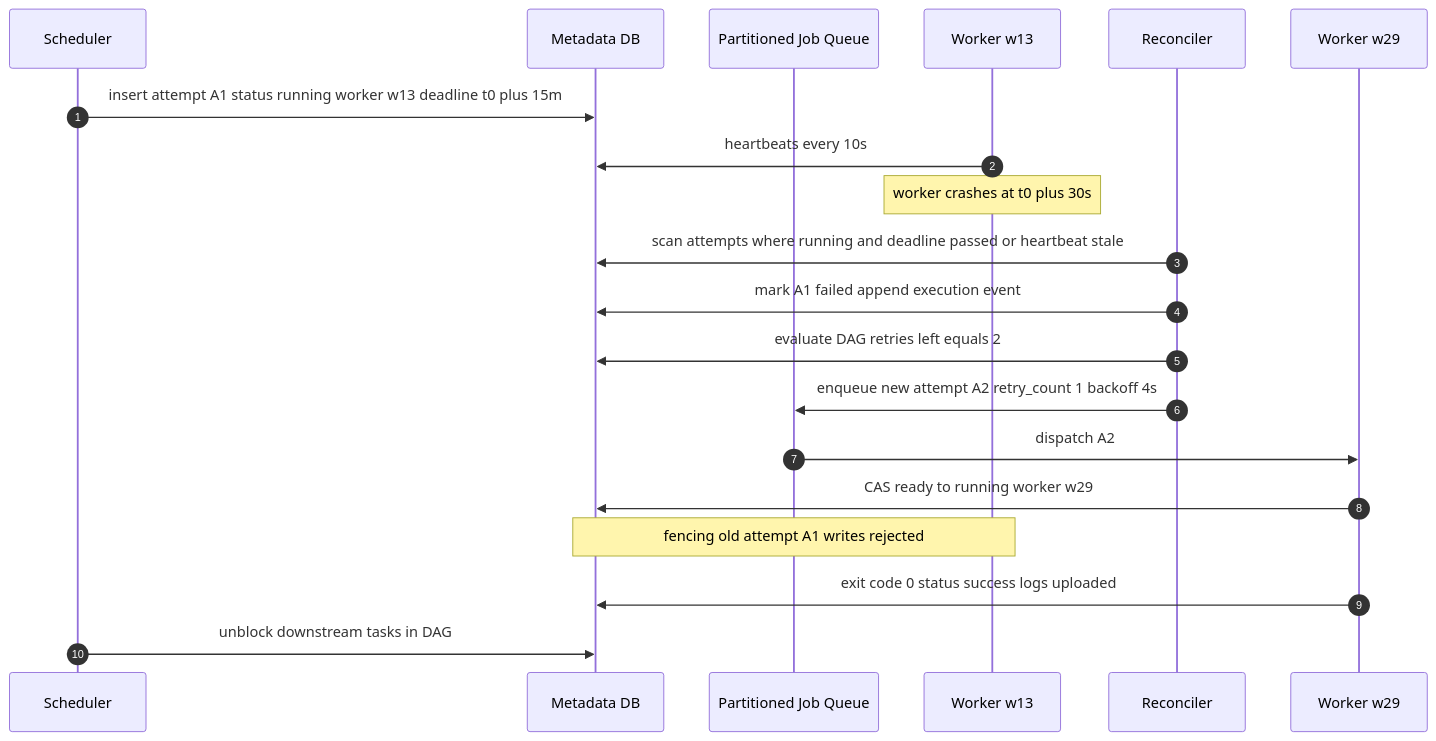
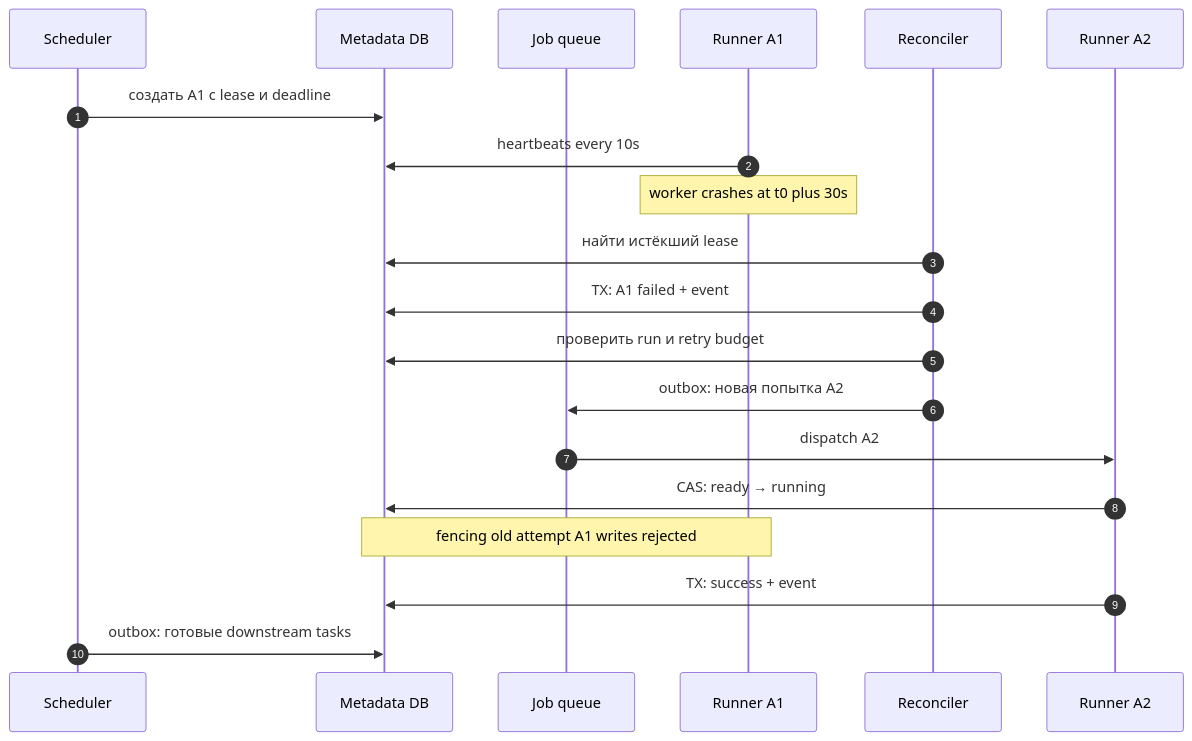
The fifth of 6 diagrams in 02-case-studies/ci-cd-system.md (AlohaJava/system-design-interview-chamkin), drawn with Mermaid before and after one commit. The commit also changed other lines of this file and 49 other files, not shown here.

````diff
--- a/02-case-studies/ci-cd-system.md
+++ b/02-case-studies/ci-cd-system.md
@@ -407,23 +358,23 @@
 ```mermaid
 sequenceDiagram
     autonumber
     participant S as Scheduler
     participant M as Metadata DB
-    participant Q as Partitioned Job Queue
-    participant W1 as Worker w13
+    participant Q as Job queue
+    participant W1 as Runner A1
     participant R as Reconciler
-    participant W2 as Worker w29
+    participant W2 as Runner A2
 
-    S->>M: insert attempt A1 status running worker w13 deadline t0 plus 15m
+    S->>M: создать A1 с lease и deadline
     W1->>M: heartbeats every 10s
     Note over W1: worker crashes at t0 plus 30s
-    R->>M: scan attempts where running and deadline passed or heartbeat stale
-    R->>M: mark A1 failed append execution event
-    R->>M: evaluate DAG retries left equals 2
-    R->>Q: enqueue new attempt A2 retry_count 1 backoff 4s
+    R->>M: найти истёкший lease
+    R->>M: TX: A1 failed + event
+    R->>M: проверить run и retry budget
+    R->>Q: outbox: новая попытка A2
     Q->>W2: dispatch A2
-    W2->>M: CAS ready to running worker w29
+    W2->>M: CAS: ready → running
     Note over W1,M: fencing old attempt A1 writes rejected
-    W2->>M: exit code 0 status success logs uploaded
-    S->>M: unblock downstream tasks in DAG
+    W2->>M: TX: success + event
+    S->>M: outbox: готовые downstream tasks
 ```
````
